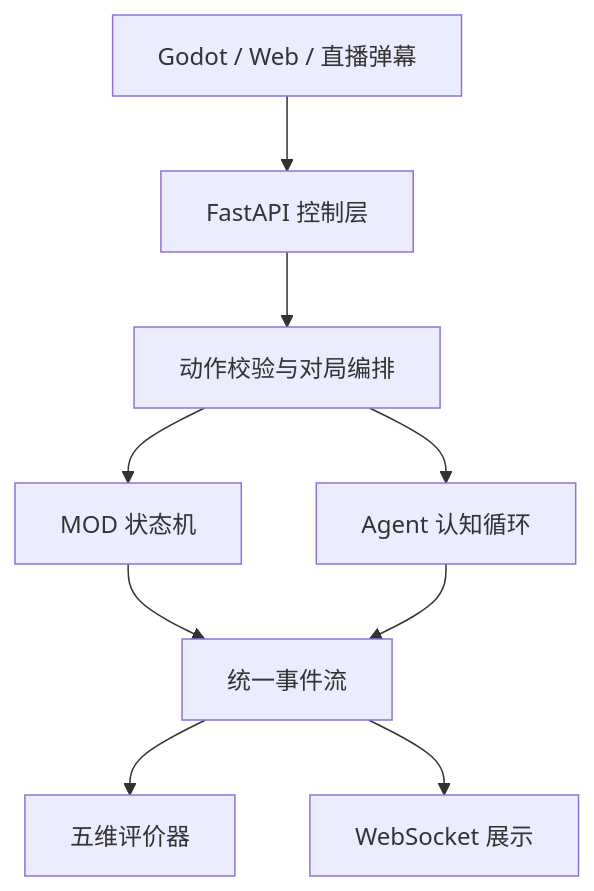
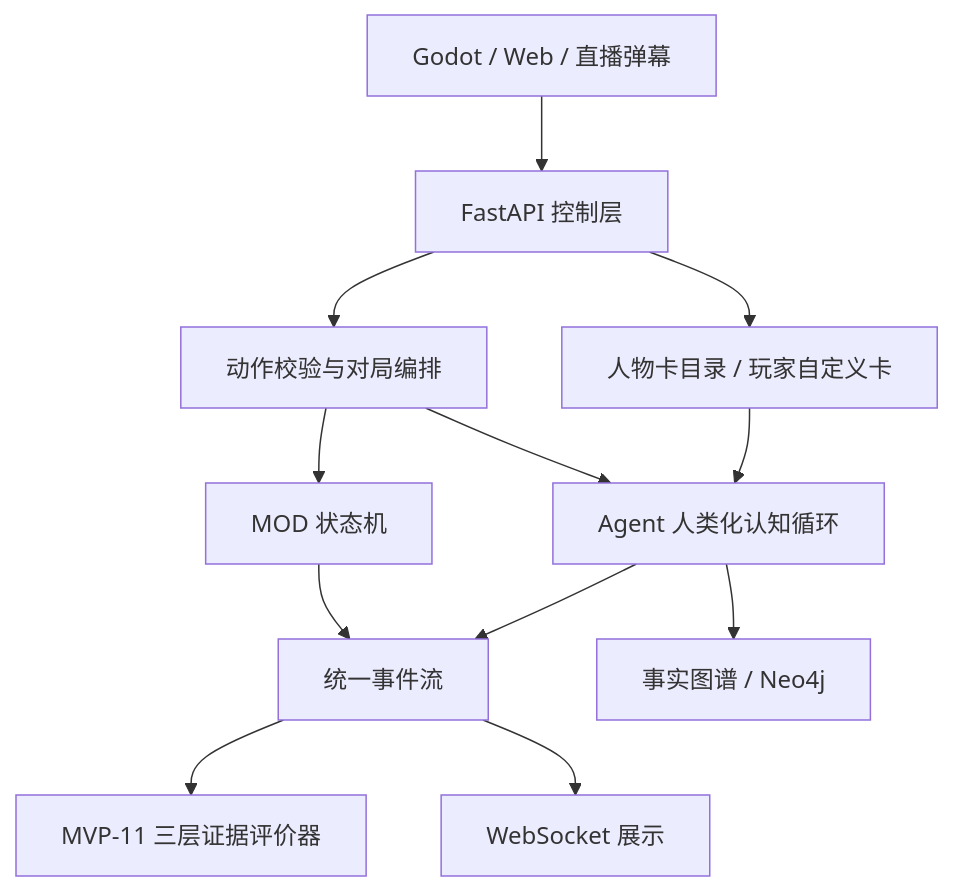
Before and after one commit to vrwanderers/human-vs-agent-engine: the diagram in docs/ARCHITECTURE.md, drawn with Mermaid. The commit also changed other lines of this file and 57 other files, not shown here.

````diff
--- a/docs/ARCHITECTURE.md
+++ b/docs/ARCHITECTURE.md
@@ -5,11 +5,14 @@
 ```mermaid
 flowchart TD
   A[Godot / Web / 直播弹幕] --> B[FastAPI 控制层]
   B --> C[动作校验与对局编排]
+  B --> J[人物卡目录 / 玩家自定义卡]
+  J --> E
   C --> D[MOD 状态机]
-  C --> E[Agent 认知循环]
+  C --> E[Agent 人类化认知循环]
   D --> F[统一事件流]
   E --> F
-  F --> G[五维评价器]
+  E --> I[事实图谱 / Neo4j]
+  F --> G[MVP-11 三层证据评价器]
   F --> H[WebSocket 展示]
 ```
````
